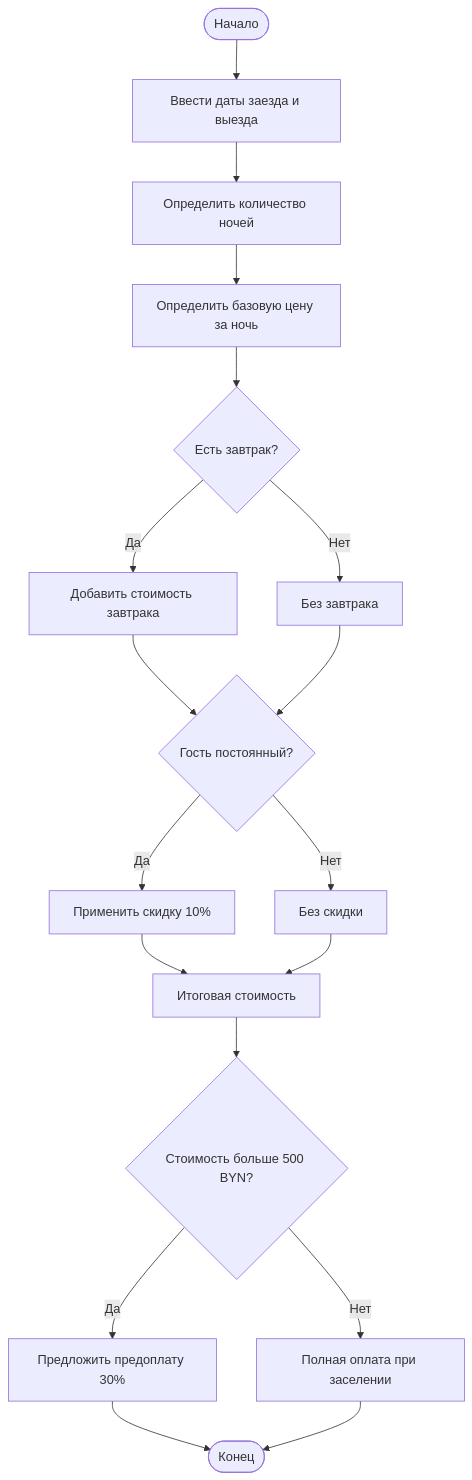
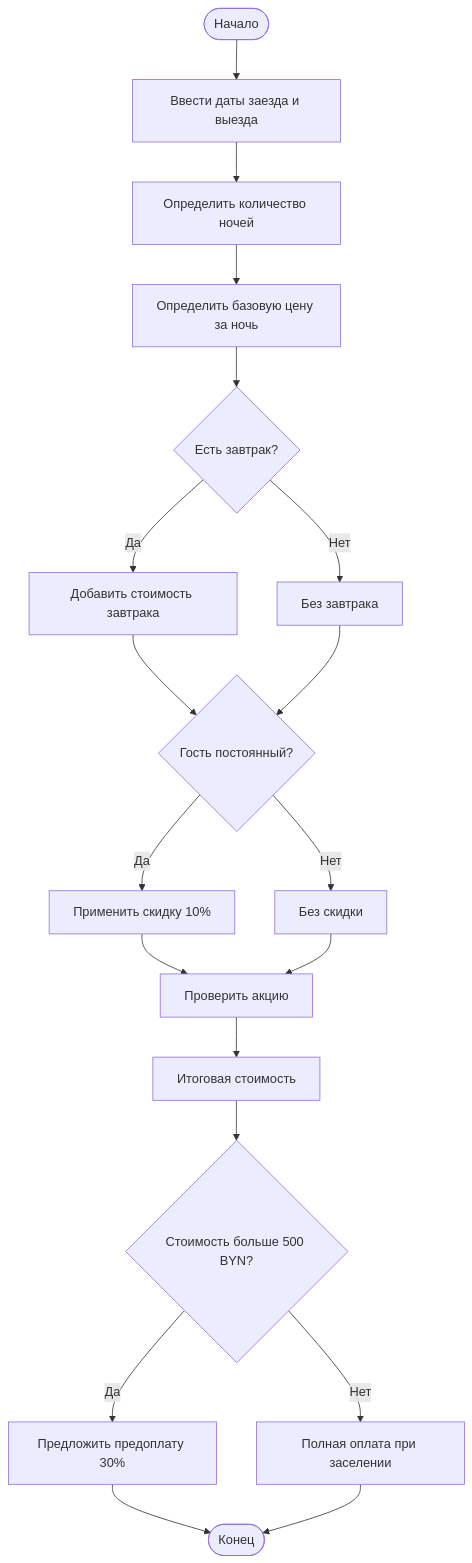
Before and after one commit to merxsai/visual-programming-labs-gavrilovets: the diagram in lab1/docs/flowchart.md, drawn with Mermaid. The commit also changed 1 other file, not shown here.

Commit message:
Update Mermaid diagrams: add minor elements

````diff
--- a/lab1/docs/flowchart.md
+++ b/lab1/docs/flowchart.md
@@ -3,20 +3,21 @@
 ```mermaid
 flowchart TD
     A([Начало]) --> B[Ввести даты заезда и выезда]
     B --> C[Определить количество ночей]
     C --> D[Определить базовую цену за ночь]
     D --> E{Есть завтрак?}
     E -- Да --> F[Добавить стоимость завтрака]
     E -- Нет --> G[Без завтрака]
     F --> H{Гость постоянный?}
     G --> H
     H -- Да --> I[Применить скидку 10%]
     H -- Нет --> J[Без скидки]
-    I --> K[Итоговая стоимость]
-    J --> K
+    I --> K1[Проверить акцию]
+    J --> K1
+    K1 --> K[Итоговая стоимость]
     K --> L{Стоимость больше 500 BYN?}
     L -- Да --> M[Предложить предоплату 30%]
     L -- Нет --> N[Полная оплата при заселении]
     M --> O([Конец])
     N --> O
 ```
````
